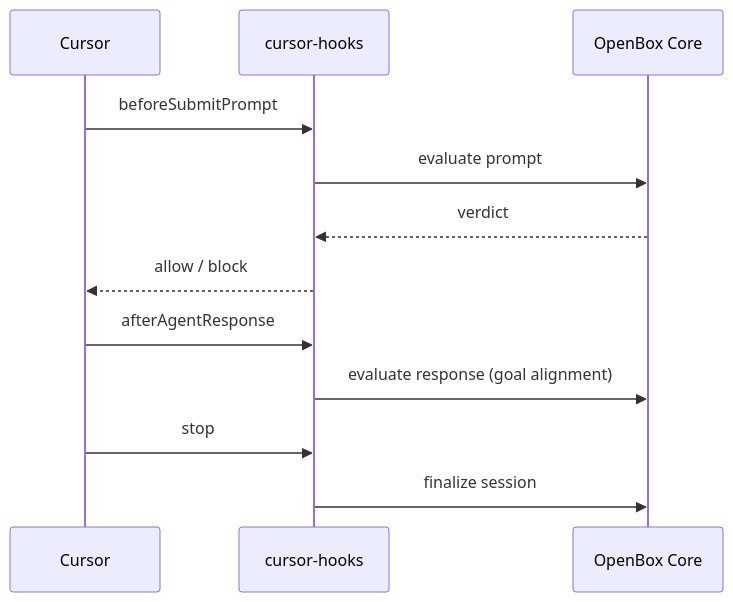
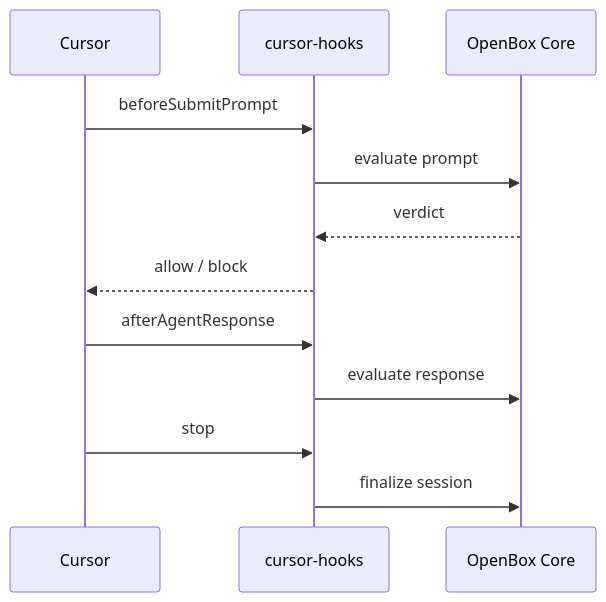
Before and after one commit to OpenBox-AI/openbox-document: the diagram in website/docs/developer-guide/cursor-hooks/index.md, drawn with Mermaid.

Commit message:
fix: remove goal alignment label from diagram

````diff
--- a/website/docs/developer-guide/cursor-hooks/index.md
+++ b/website/docs/developer-guide/cursor-hooks/index.md
@@ -19,17 +19,17 @@
 ```mermaid
 sequenceDiagram
     participant C as Cursor
     participant H as cursor-hooks
     participant O as OpenBox Core
 
     C->>H: beforeSubmitPrompt
     H->>O: evaluate prompt
     O-->>H: verdict
     H-->>C: allow / block
 
     C->>H: afterAgentResponse
-    H->>O: evaluate response (goal alignment)
+    H->>O: evaluate response
 
     C->>H: stop
     H->>O: finalize session
 ```
````
